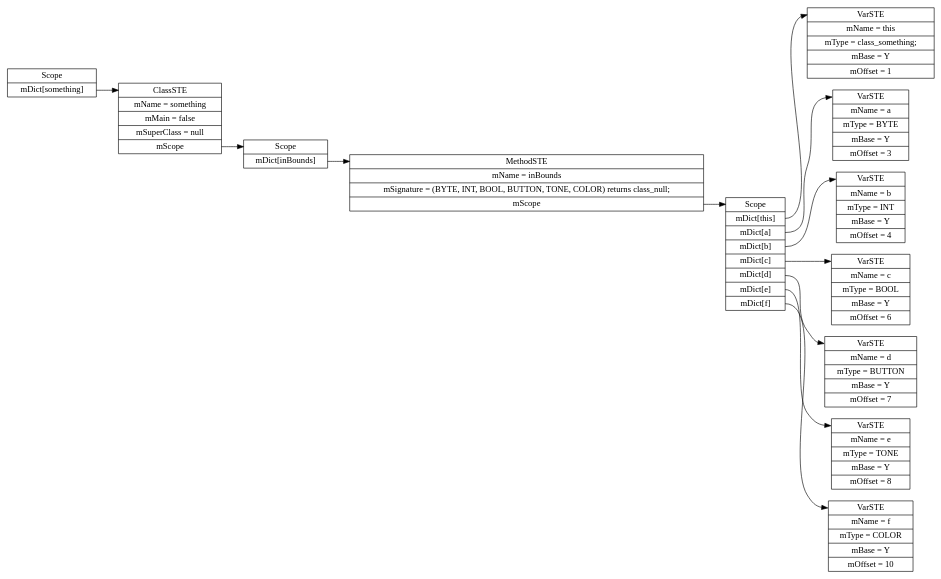
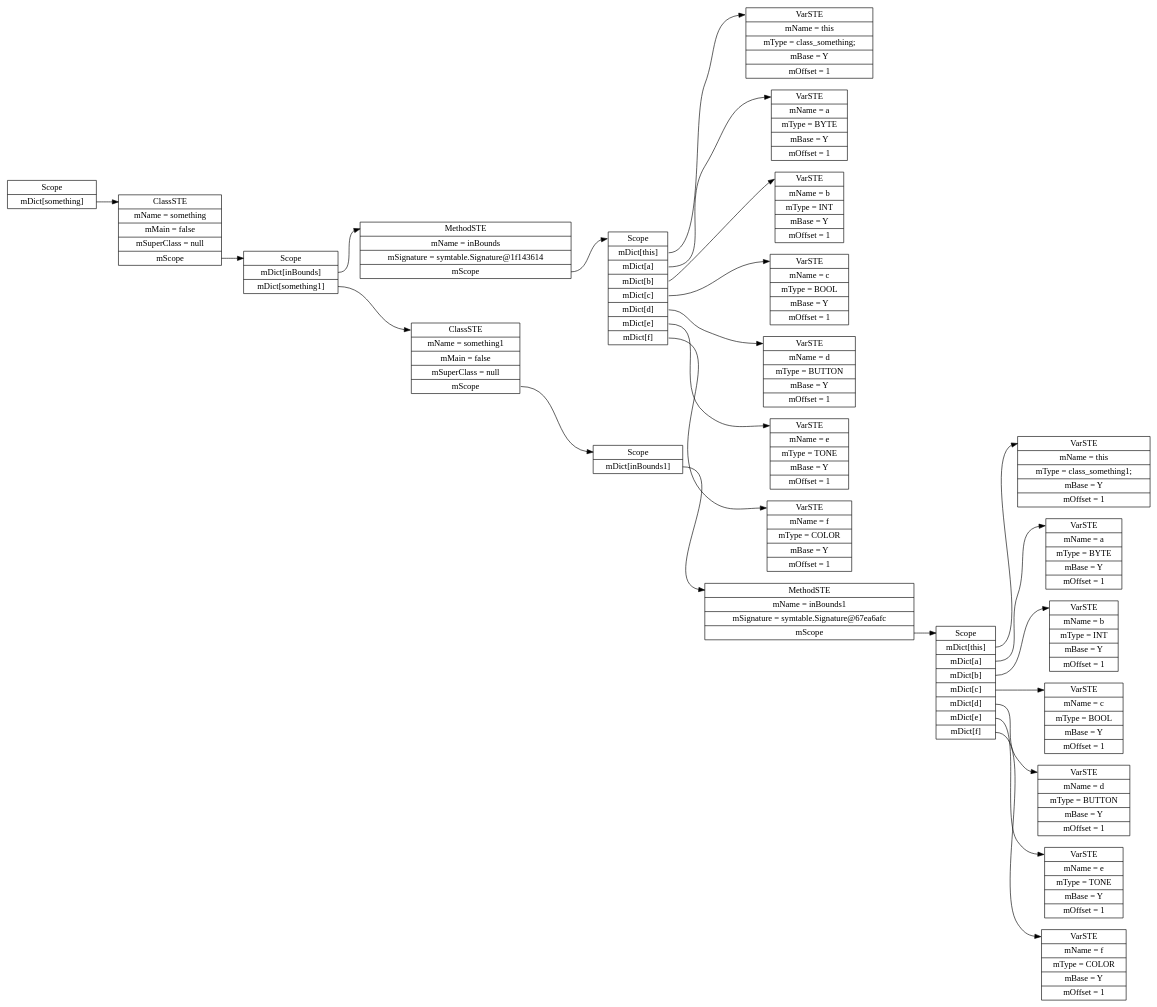
One commit to Ajith20/MeggyJava-compiler changed the diagram in PA4/PA4Example1.java.ST.dot. Above: the diagram before and after it, drawn with Graphviz. The commit also changed 41 other files, not shown here.

```diff
--- a/PA4/PA4Example1.java.ST.dot
+++ b/PA4/PA4Example1.java.ST.dot
@@ -1,27 +1,49 @@
 digraph SymTable {
 	graph [rankdir="LR"];
 	node [shape=record];
 	0 [label=" <f0> Scope | <f1> mDict\[something\] "];
 	0:<f1> -> 1:<f0>;
 	1 [label=" <f0> ClassSTE | <f1> mName = something| <f2> mMain = false| <f3> mSuperClass = null| <f4> mScope "];
 	1:<f4> -> 2:<f0>;
-	2 [label=" <f0> Scope | <f1> mDict\[inBounds\] "];
+	2 [label=" <f0> Scope | <f1> mDict\[inBounds\] | <f2> mDict\[something1\] "];
 	2:<f1> -> 3:<f0>;
-	3 [label=" <f0> MethodSTE | <f1> mName = inBounds| <f2> mSignature = (BYTE, INT, BOOL, BUTTON, TONE, COLOR) returns class_null;| <f3> mScope "];
+	3 [label=" <f0> MethodSTE | <f1> mName = inBounds| <f2> mSignature = symtable.Signature@1f143614| <f3> mScope "];
 	3:<f3> -> 4:<f0>;
 	4 [label=" <f0> Scope | <f1> mDict\[this\] | <f2> mDict\[a\] | <f3> mDict\[b\] | <f4> mDict\[c\] | <f5> mDict\[d\] | <f6> mDict\[e\] | <f7> mDict\[f\] "];
 	4:<f1> -> 5:<f0>;
 	5 [label=" <f0> VarSTE | <f1> mName = this| <f2> mType = class_something;| <f3> mBase = Y| <f4> mOffset = 1"];
 	4:<f2> -> 6:<f0>;
-	6 [label=" <f0> VarSTE | <f1> mName = a| <f2> mType = BYTE| <f3> mBase = Y| <f4> mOffset = 3"];
+	6 [label=" <f0> VarSTE | <f1> mName = a| <f2> mType = BYTE| <f3> mBase = Y| <f4> mOffset = 1"];
 	4:<f3> -> 7:<f0>;
-	7 [label=" <f0> VarSTE | <f1> mName = b| <f2> mType = INT| <f3> mBase = Y| <f4> mOffset = 4"];
+	7 [label=" <f0> VarSTE | <f1> mName = b| <f2> mType = INT| <f3> mBase = Y| <f4> mOffset = 1"];
 	4:<f4> -> 8:<f0>;
-	8 [label=" <f0> VarSTE | <f1> mName = c| <f2> mType = BOOL| <f3> mBase = Y| <f4> mOffset = 6"];
+	8 [label=" <f0> VarSTE | <f1> mName = c| <f2> mType = BOOL| <f3> mBase = Y| <f4> mOffset = 1"];
 	4:<f5> -> 9:<f0>;
-	9 [label=" <f0> VarSTE | <f1> mName = d| <f2> mType = BUTTON| <f3> mBase = Y| <f4> mOffset = 7"];
+	9 [label=" <f0> VarSTE | <f1> mName = d| <f2> mType = BUTTON| <f3> mBase = Y| <f4> mOffset = 1"];
 	4:<f6> -> 10:<f0>;
-	10 [label=" <f0> VarSTE | <f1> mName = e| <f2> mType = TONE| <f3> mBase = Y| <f4> mOffset = 8"];
+	10 [label=" <f0> VarSTE | <f1> mName = e| <f2> mType = TONE| <f3> mBase = Y| <f4> mOffset = 1"];
 	4:<f7> -> 11:<f0>;
-	11 [label=" <f0> VarSTE | <f1> mName = f| <f2> mType = COLOR| <f3> mBase = Y| <f4> mOffset = 10"];
+	11 [label=" <f0> VarSTE | <f1> mName = f| <f2> mType = COLOR| <f3> mBase = Y| <f4> mOffset = 1"];
+	2:<f2> -> 12:<f0>;
+	12 [label=" <f0> ClassSTE | <f1> mName = something1| <f2> mMain = false| <f3> mSuperClass = null| <f4> mScope "];
+	12:<f4> -> 13:<f0>;
+	13 [label=" <f0> Scope | <f1> mDict\[inBounds1\] "];
+	13:<f1> -> 14:<f0>;
+	14 [label=" <f0> MethodSTE | <f1> mName = inBounds1| <f2> mSignature = symtable.Signature@67ea6afc| <f3> mScope "];
+	14:<f3> -> 15:<f0>;
+	15 [label=" <f0> Scope | <f1> mDict\[this\] | <f2> mDict\[a\] | <f3> mDict\[b\] | <f4> mDict\[c\] | <f5> mDict\[d\] | <f6> mDict\[e\] | <f7> mDict\[f\] "];
+	15:<f1> -> 16:<f0>;
+	16 [label=" <f0> VarSTE | <f1> mName = this| <f2> mType = class_something1;| <f3> mBase = Y| <f4> mOffset = 1"];
+	15:<f2> -> 17:<f0>;
+	17 [label=" <f0> VarSTE | <f1> mName = a| <f2> mType = BYTE| <f3> mBase = Y| <f4> mOffset = 1"];
+	15:<f3> -> 18:<f0>;
+	18 [label=" <f0> VarSTE | <f1> mName = b| <f2> mType = INT| <f3> mBase = Y| <f4> mOffset = 1"];
+	15:<f4> -> 19:<f0>;
+	19 [label=" <f0> VarSTE | <f1> mName = c| <f2> mType = BOOL| <f3> mBase = Y| <f4> mOffset = 1"];
+	15:<f5> -> 20:<f0>;
+	20 [label=" <f0> VarSTE | <f1> mName = d| <f2> mType = BUTTON| <f3> mBase = Y| <f4> mOffset = 1"];
+	15:<f6> -> 21:<f0>;
+	21 [label=" <f0> VarSTE | <f1> mName = e| <f2> mType = TONE| <f3> mBase = Y| <f4> mOffset = 1"];
+	15:<f7> -> 22:<f0>;
+	22 [label=" <f0> VarSTE | <f1> mName = f| <f2> mType = COLOR| <f3> mBase = Y| <f4> mOffset = 1"];
 }
```
